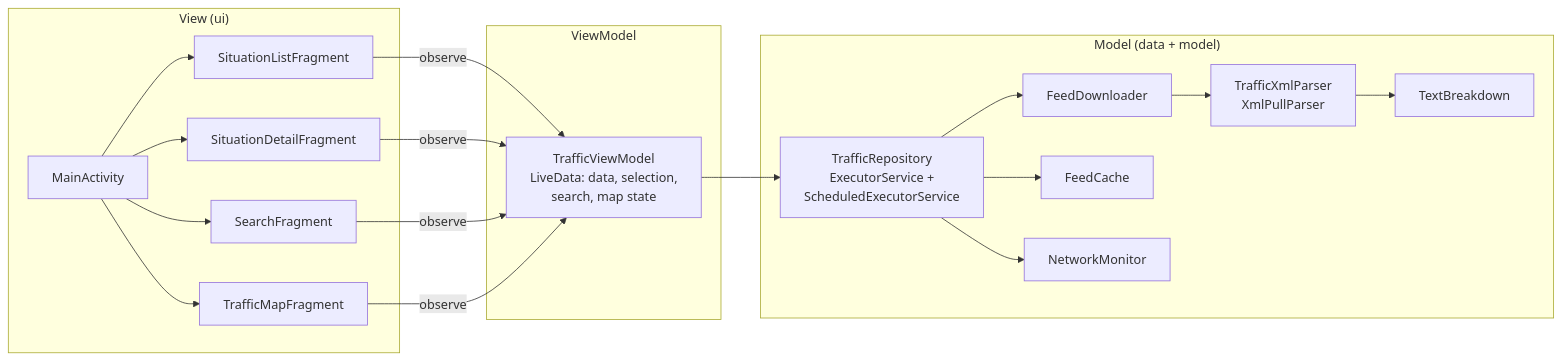
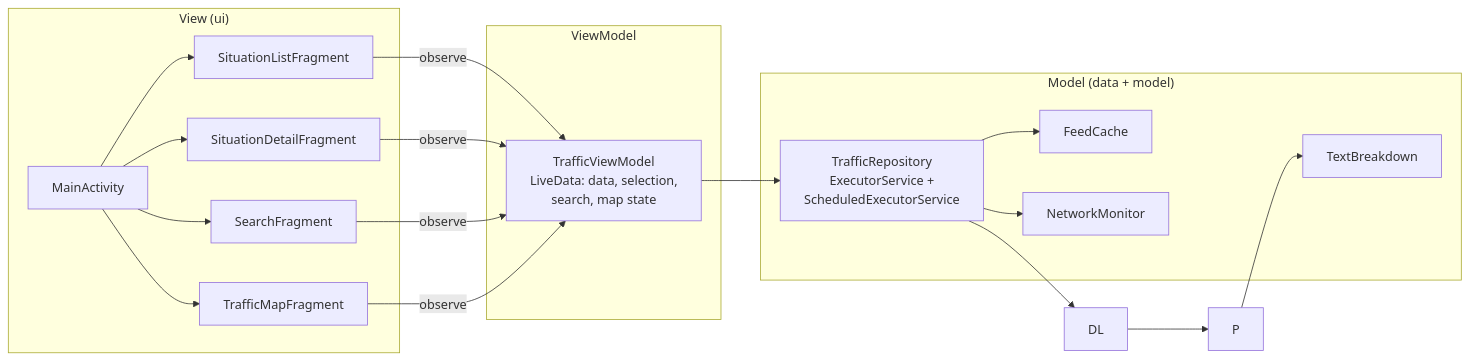
One commit to kwierz300/Wierzbinski_Kamil_S2433508 changed the diagram in README.md. Above: the diagram before and after it, drawn with Mermaid. The commit also changed other lines of this file and 7 other files, not shown here.

````diff
--- a/README.md
+++ b/README.md
@@ -41,25 +41,23 @@
 ```mermaid
 flowchart LR
     subgraph View["View (ui)"]
         A[MainActivity] --> L[SituationListFragment]
         A --> D[SituationDetailFragment]
         A --> S[SearchFragment]
         A --> M[TrafficMapFragment]
     end
     subgraph VM["ViewModel"]
         V[TrafficViewModel<br/>LiveData: data, selection,<br/>search, map state]
     end
     subgraph Model["Model (data + model)"]
         R[TrafficRepository<br/>ExecutorService +<br/>ScheduledExecutorService]
-        DL[FeedDownloader]
-        P[TrafficXmlParser<br/>XmlPullParser]
         T[TextBreakdown]
         C[FeedCache]
         N[NetworkMonitor]
     end
     L & D & S & M -- observe --> V
     V --> R
     R --> DL --> P --> T
     R --> C
     R --> N
 ```
````
